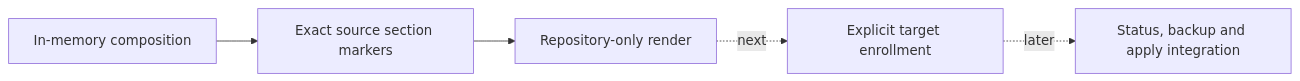
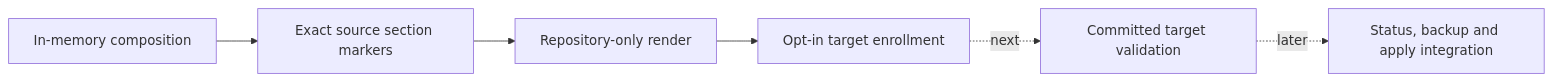
Before and after one commit to ferrywlto/ai-env-as-code: the sixth of 6 diagrams in docs/shared-instructions-design.md, drawn with Mermaid. The commit also changed other lines of this file and 18 other files, not shown here.

````diff
--- a/docs/shared-instructions-design.md
+++ b/docs/shared-instructions-design.md
@@ -147,7 +154,8 @@
 ```mermaid
 flowchart LR
     Compose[In-memory composition] --> Sections[Exact source section markers]
     Sections --> Render[Repository-only render]
-    Render -.->|next| Enrollment[Explicit target enrollment]
-    Enrollment -.->|later| Directional[Status, backup and apply integration]
+    Render --> Enrollment[Opt-in target enrollment]
+    Enrollment -.->|next| Validation[Committed target validation]
+    Validation -.->|later| Directional[Status, backup and apply integration]
 ```
````
